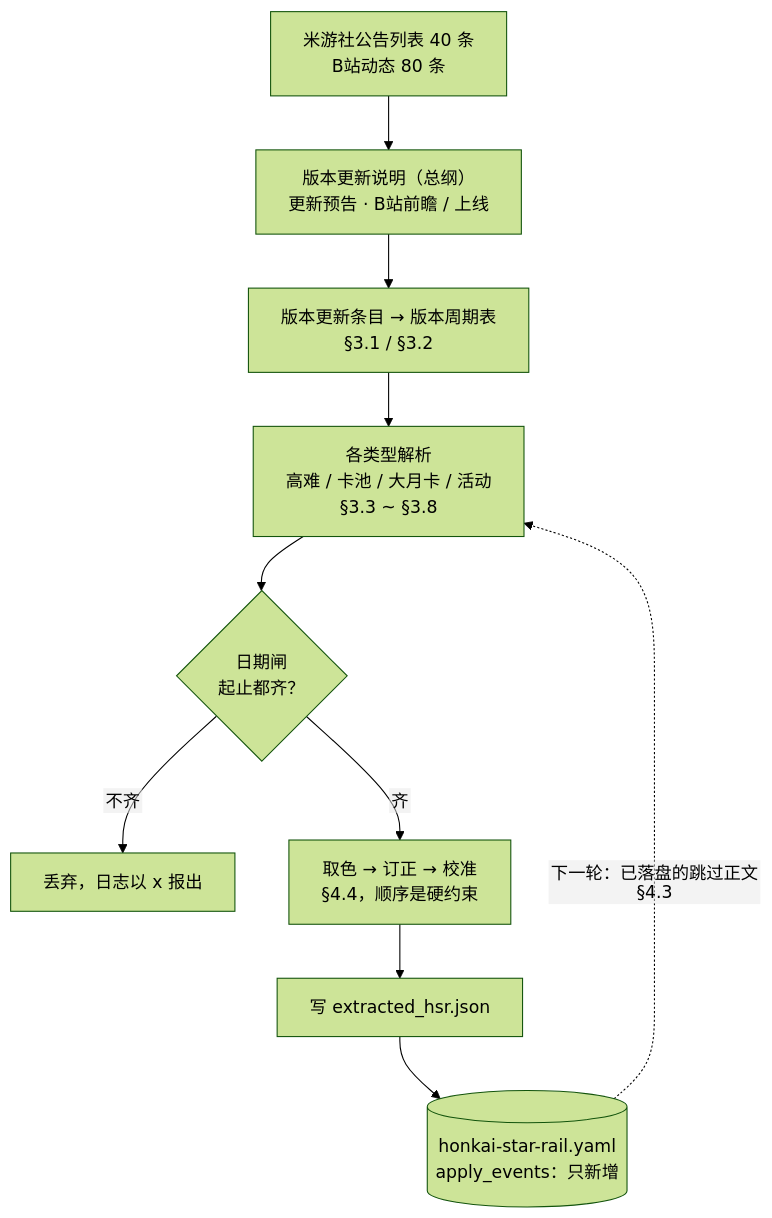
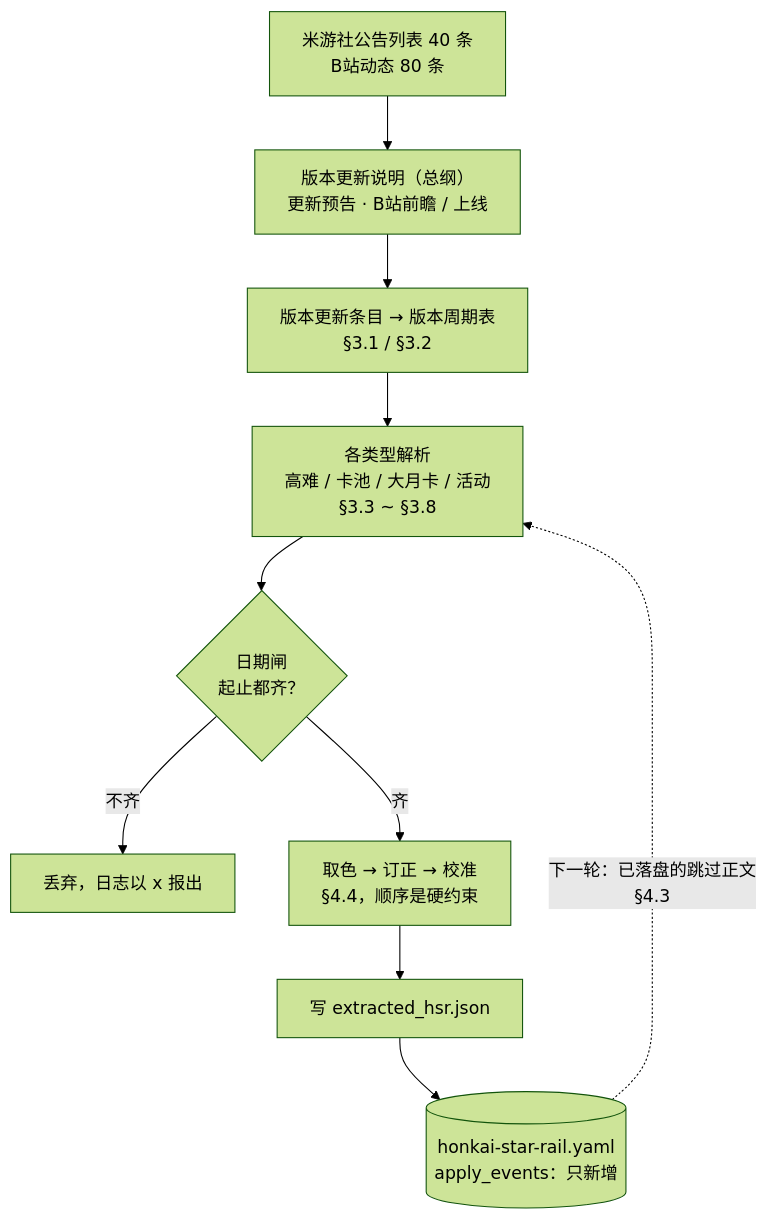
Before and after one commit to autummu2/HoyoCalendar: the first of 11 diagrams in tools/editor/starrail/RULES.md, drawn with Mermaid (forest theme). The commit also changed other lines of this file and 10 other files, not shown here.

````diff
--- a/tools/editor/starrail/RULES.md
+++ b/tools/editor/starrail/RULES.md
@@ -58,13 +58,12 @@
 ```mermaid
-%%{init: {"flowchart": {"htmlLabels": false}}}%%
 flowchart TD
     A["米游社公告列表 40 条<br/>B站动态 80 条"] --> B["版本更新说明（总纲）<br/>更新预告 · B站前瞻 / 上线"]
     B --> C["版本更新条目 → 版本周期表<br/>§3.1 / §3.2"]
     C --> D["各类型解析<br/>高难 / 卡池 / 大月卡 / 活动<br/>§3.3 ~ §3.8"]
     D --> E{"日期闸<br/>起止都齐？"}
     E -->|"不齐"| F["丢弃，日志以 x 报出"]
     E -->|"齐"| G["取色 → 订正 → 校准<br/>§4.4，顺序是硬约束"]
     G --> H["写 extracted_hsr.json"]
     H --> I[("honkai-star-rail.yaml<br/>apply_events：只新增")]
     I -.->|"下一轮：已落盘的跳过正文<br/>§4.3"| D
 ```
````
